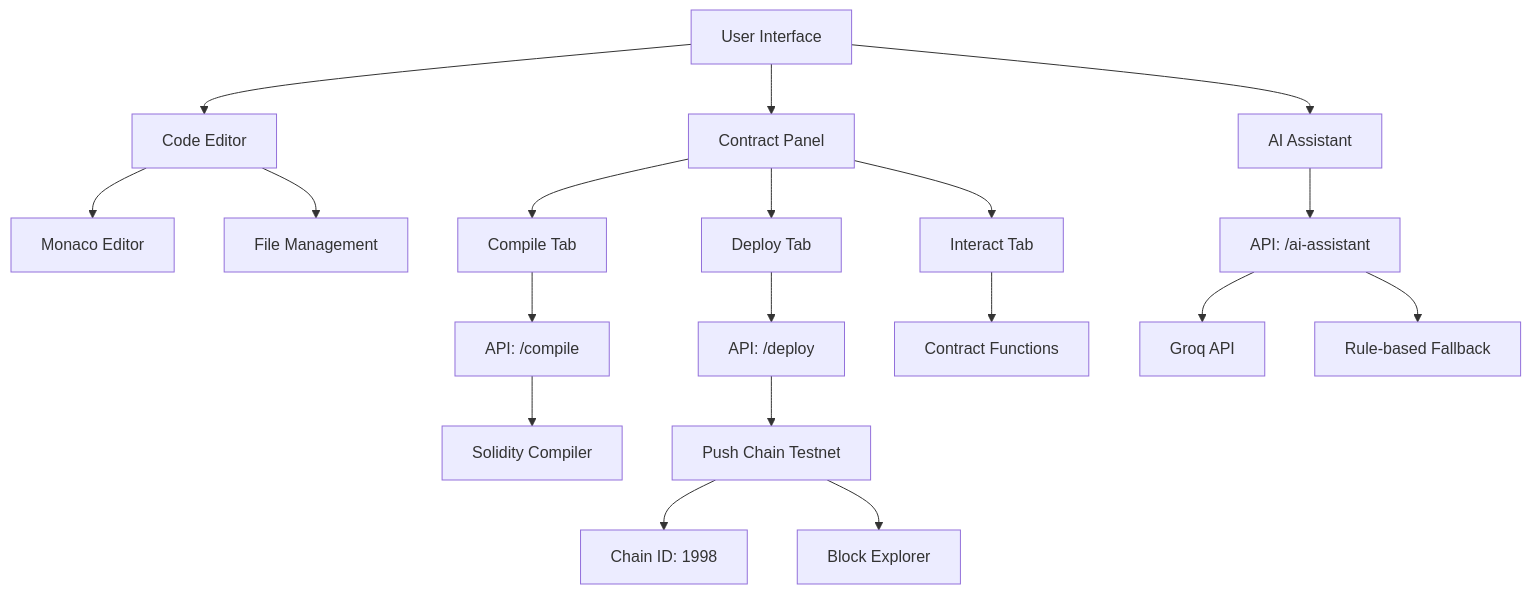
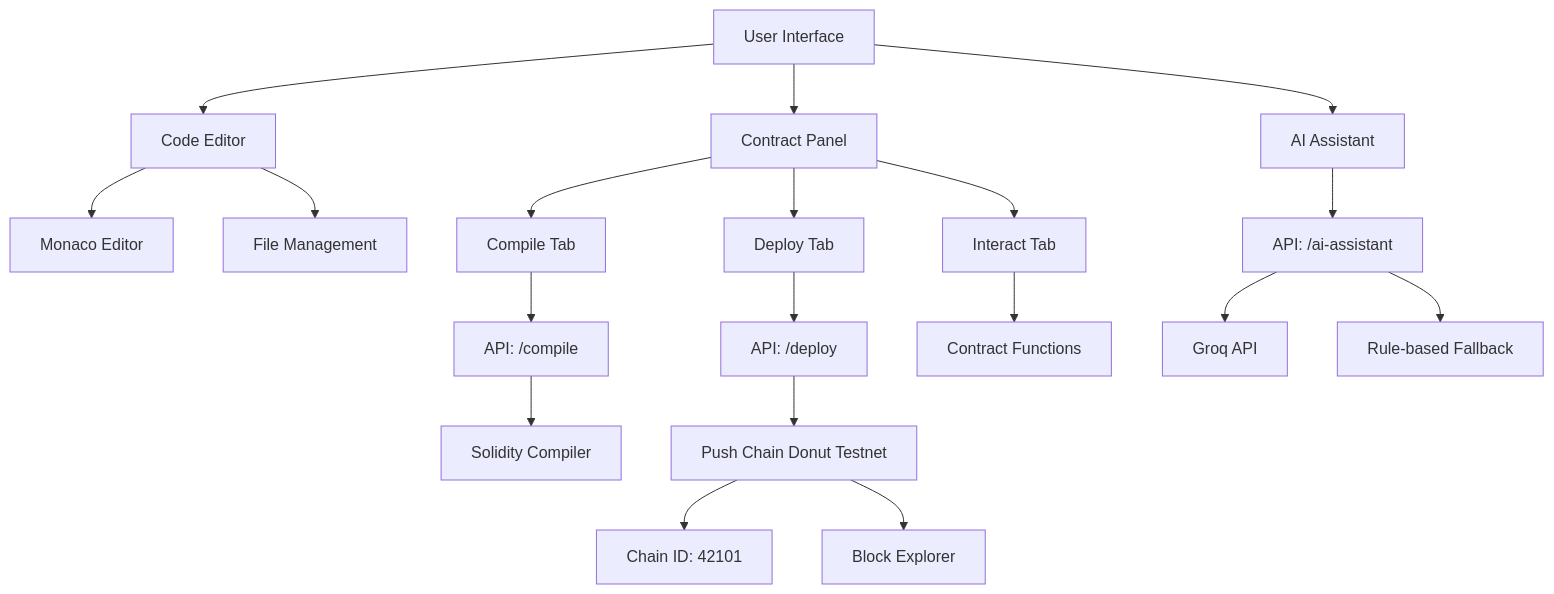
One commit to enliven17/push-playground changed the first of 3 diagrams in docs/architecture.md. Above: the diagram before and after it, drawn with Mermaid. The commit also changed other lines of this file and 3 other files, not shown here.

Commit message:
diagrams update

````diff
--- a/docs/architecture.md
+++ b/docs/architecture.md
@@ -5,27 +5,27 @@
 ```mermaid
 graph TB
     A[User Interface] --> B[Code Editor]
     A --> C[Contract Panel]
     A --> D[AI Assistant]
     
     B --> E[Monaco Editor]
     B --> F[File Management]
     
     C --> G[Compile Tab]
     C --> H[Deploy Tab]
     C --> I[Interact Tab]
     
     G --> J["API: /compile"]
     H --> K["API: /deploy"]
     I --> L[Contract Functions]
     
     D --> M["API: /ai-assistant"]
     M --> N[Groq API]
     M --> O[Rule-based Fallback]
     
     J --> P[Solidity Compiler]
-    K --> Q[Push Chain Testnet]
+    K --> Q[Push Chain Donut Testnet]
     
-    Q --> R["Chain ID: 1998"]
+    Q --> R["Chain ID: 42101"]
     Q --> S[Block Explorer]
 ```
````
